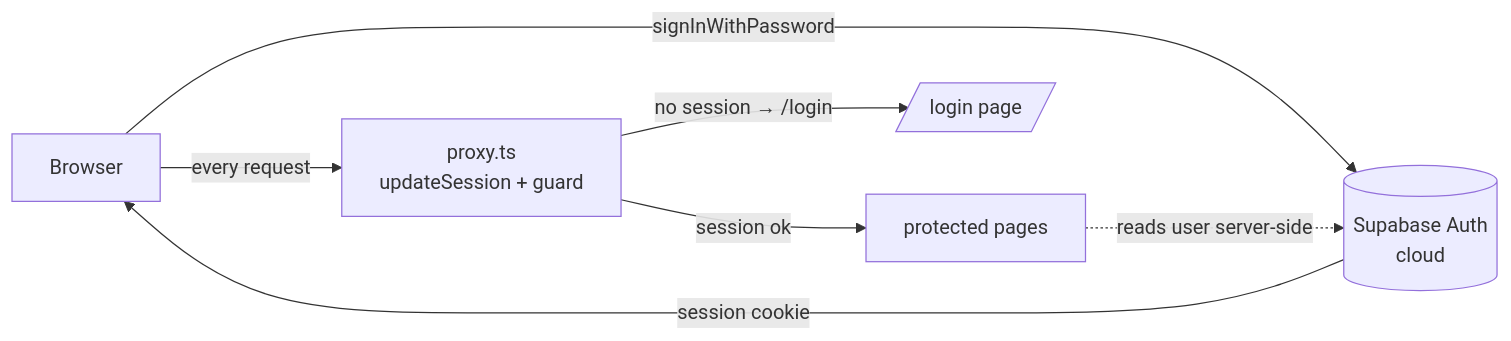
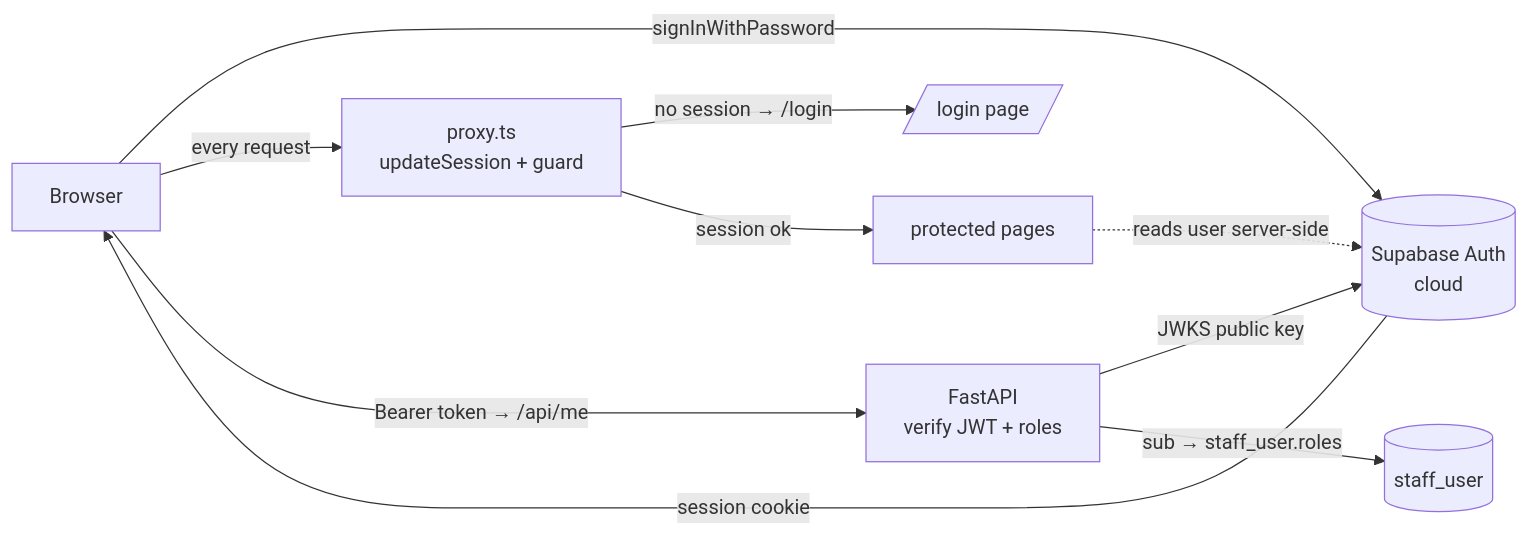
One commit to rishietagi/dental_clinic_MVP changed the second of 3 diagrams in docs/ARCHITECTURE.md. Above: the diagram before and after it, drawn with Mermaid. The commit also changed other lines of this file and 15 other files, not shown here.

````diff
--- a/docs/ARCHITECTURE.md
+++ b/docs/ARCHITECTURE.md
@@ -76,9 +80,12 @@
 ```mermaid
 flowchart LR
     B[Browser] -->|signInWithPassword| SUPA[(Supabase Auth<br/>cloud)]
     SUPA -->|session cookie| B
     B -->|every request| PROXY[proxy.ts<br/>updateSession + guard]
     PROXY -->|no session → /login| LOGIN[/login page/]
     PROXY -->|session ok| HOME[protected pages]
     HOME -.->|reads user server-side| SUPA
+    B -->|"Bearer token → /api/me"| BE[FastAPI<br/>verify JWT + roles]
+    BE -->|"JWKS public key"| SUPA
+    BE -->|"sub → staff_user.roles"| DB[(staff_user)]
 ```
````
